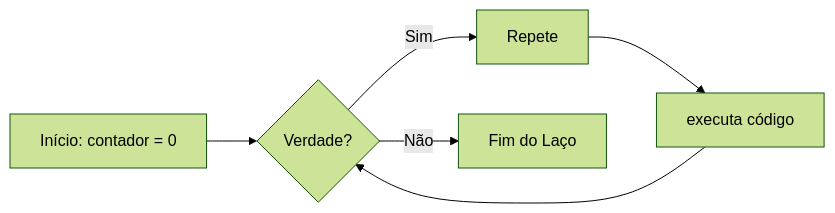
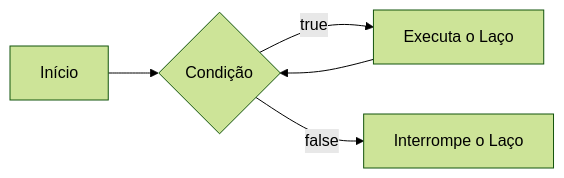
Before and after one commit to FelipeScalfi/BackEnd: the sixth of 14 diagrams in README.md, drawn with Mermaid (forest theme). The commit also changed other lines of this file and 29 other files, not shown here.

````diff
--- a/README.md
+++ b/README.md
@@ -373,11 +364,10 @@
 ```mermaid
 
 graph LR
 
-    A[Início: contador = 0] --> B{Verdade?}
-    B -- Sim --> C[Repete]
-    C --> D[executa código]
-    D --> B
-    B -- Não --> E[Fim do Laço]
+    A[Início] --> B{Condição}
+    B --true--> C[Executa o Laço]
+    C --> B
+    B --false--> D[Interrompe o Laço]
 
 ```
````
